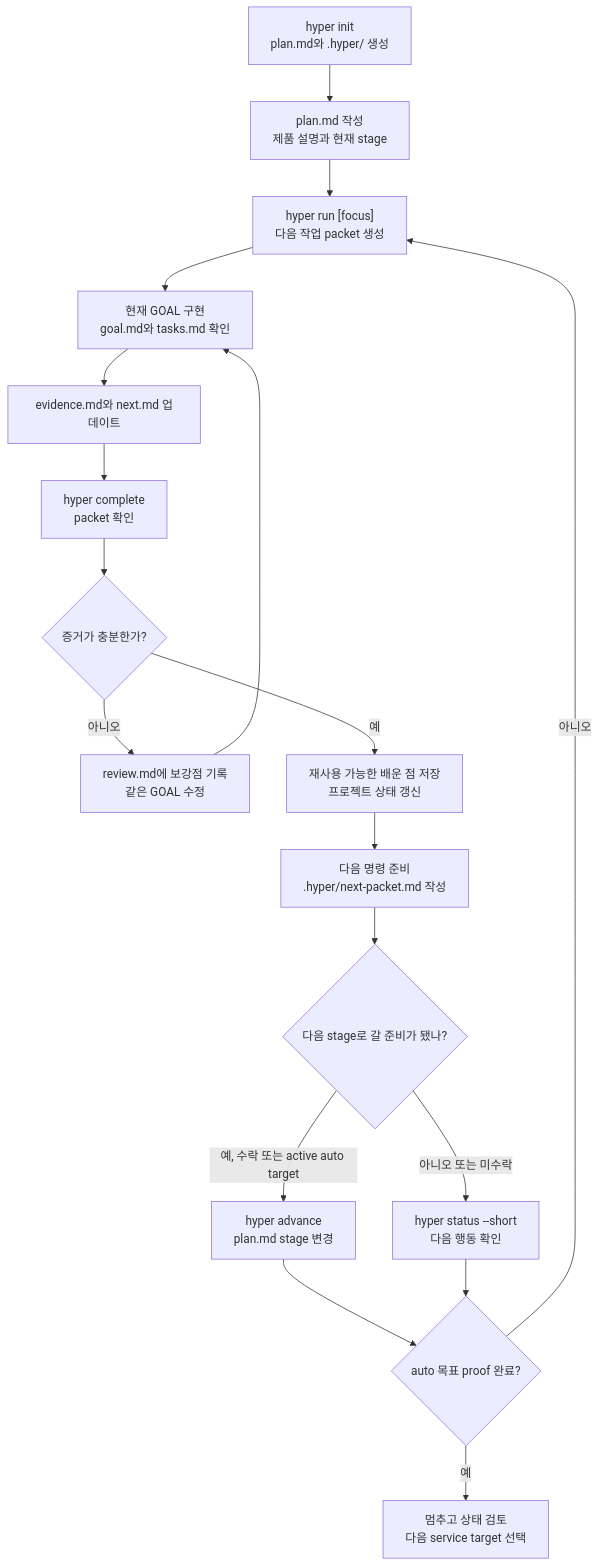
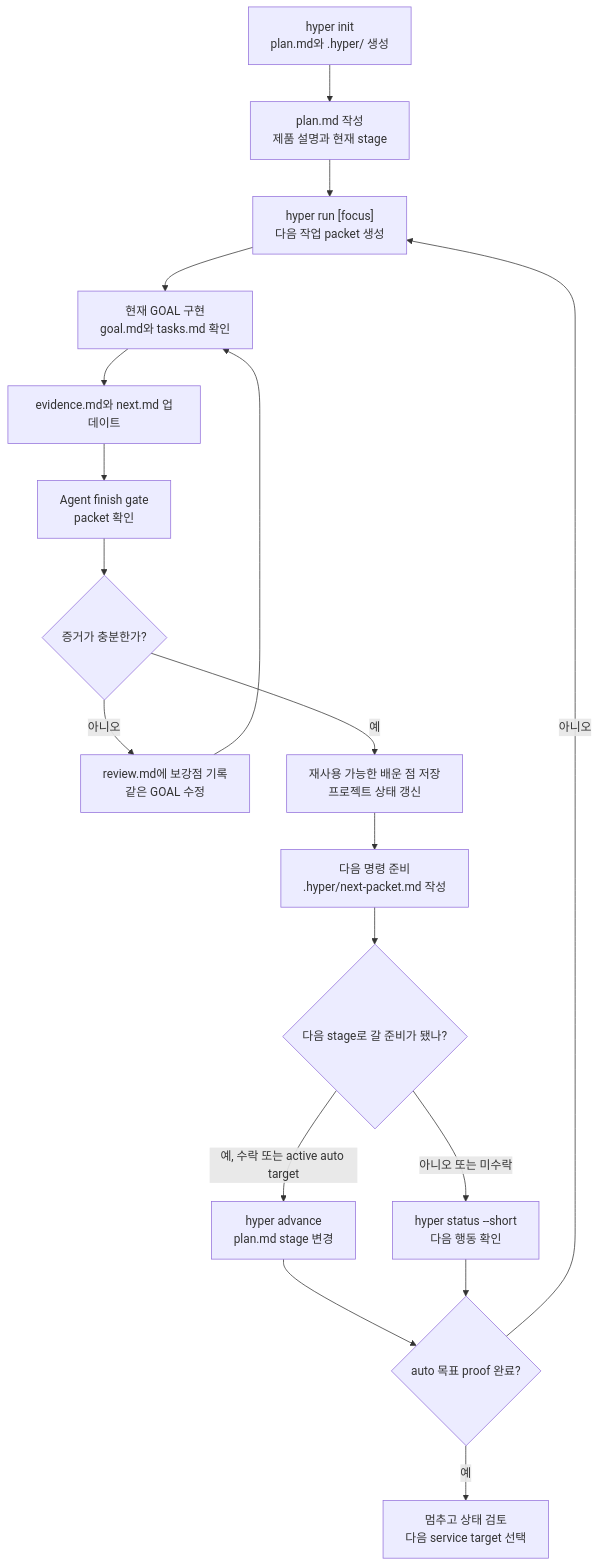
The diagram in README_ko.md (KoreanCode/orange-hyper-run), drawn with Mermaid before and after one commit. The commit also changed other lines of this file and 18 other files, not shown here.

Commit message:
Hide complete from normal user flow

````diff
--- a/README_ko.md
+++ b/README_ko.md
@@ -170,20 +169,20 @@
 ```mermaid
 flowchart TD
   A["hyper init<br/>plan.md와 .hyper/ 생성"] --> B["plan.md 작성<br/>제품 설명과 현재 stage"]
   B --> C["hyper run [focus]<br/>다음 작업 packet 생성"]
   C --> D["현재 GOAL 구현<br/>goal.md와 tasks.md 확인"]
   D --> E["evidence.md와 next.md 업데이트"]
-  E --> F["hyper complete<br/>packet 확인"]
+  E --> F["Agent finish gate<br/>packet 확인"]
   F --> G{"증거가 충분한가?"}
   G -- "아니오" --> H["review.md에 보강점 기록<br/>같은 GOAL 수정"]
   H --> D
   G -- "예" --> I["재사용 가능한 배운 점 저장<br/>프로젝트 상태 갱신"]
   I --> J["다음 명령 준비<br/>.hyper/next-packet.md 작성"]
   J --> K{"다음 stage로 갈 준비가 됐나?"}
   K -- "예, 수락 또는 active auto target" --> L["hyper advance<br/>plan.md stage 변경"]
   K -- "아니오 또는 미수락" --> M["hyper status --short<br/>다음 행동 확인"]
   L --> N{"auto 목표 proof 완료?"}
   M --> N
   N -- "아니오" --> C
   N -- "예" --> O["멈추고 상태 검토<br/>다음 service target 선택"]
 ```
````
